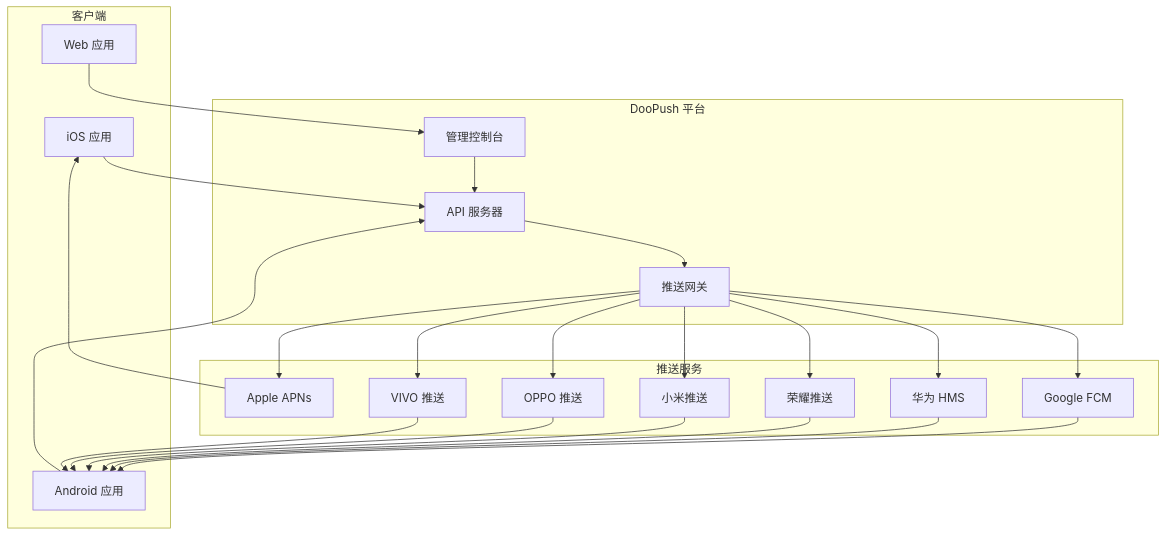
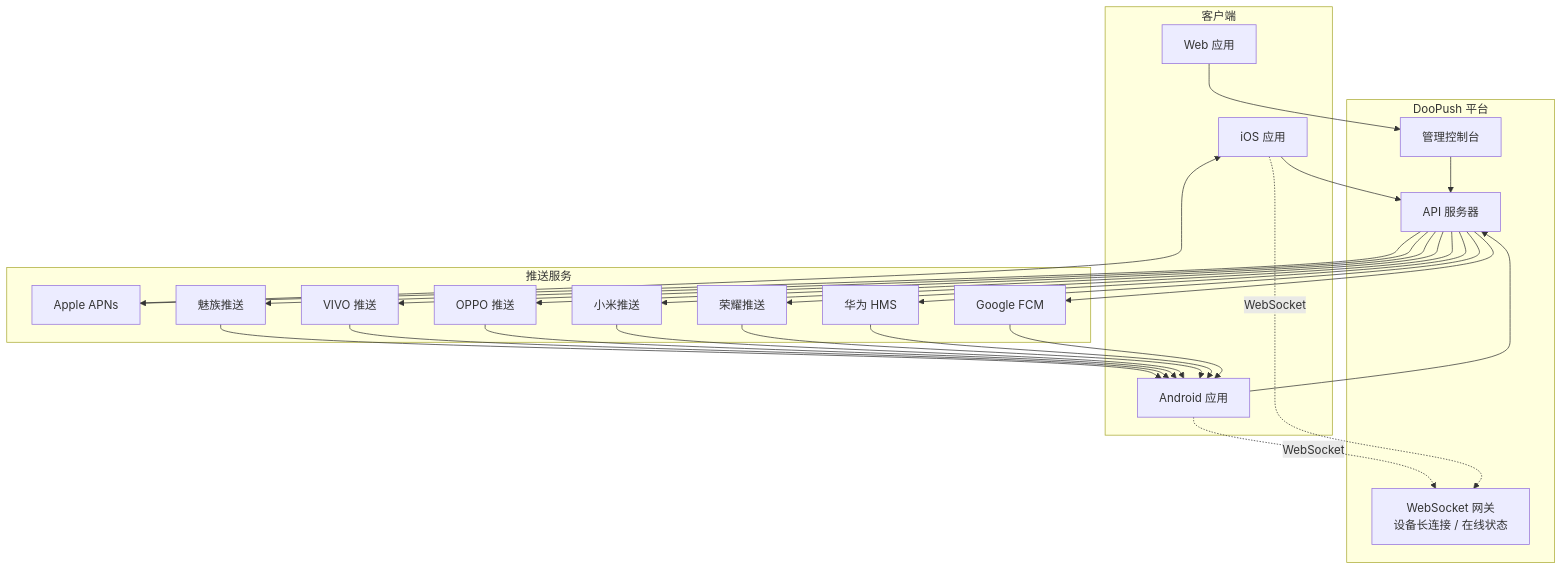
Before and after one commit to doopush/doopush: the first of 5 diagrams in docs/public/examples/diagrams/architecture-overview.md, drawn with Mermaid. The commit also changed other lines of this file and 17 other files, not shown here.

````diff
--- a/docs/public/examples/diagrams/architecture-overview.md
+++ b/docs/public/examples/diagrams/architecture-overview.md
@@ -7,47 +7,50 @@
 ```mermaid
 graph TB
     subgraph "客户端"
         iOS[iOS 应用]
         Android[Android 应用]
         Web[Web 应用]
     end
-    
+
     subgraph "DooPush 平台"
         API[API 服务器]
         Console[管理控制台]
-        Gateway[推送网关]
+        Gateway[WebSocket 网关<br/>设备长连接 / 在线状态]
     end
-    
+
     subgraph "推送服务"
         APNs[Apple APNs]
         FCM[Google FCM]
         HMS[华为 HMS]
         Honor[荣耀推送]
         MIUI[小米推送]
         OPPO[OPPO 推送]
         VIVO[VIVO 推送]
+        Meizu[魅族推送]
     end
-    
+
     iOS --> API
     Android --> API
+    iOS -.WebSocket.-> Gateway
+    Android -.WebSocket.-> Gateway
     Web --> Console
-    
-    API --> Gateway
     Console --> API
-    
-    Gateway --> APNs
-    Gateway --> FCM
-    Gateway --> HMS
-    Gateway --> Honor
-    Gateway --> MIUI
-    Gateway --> OPPO
-    Gateway --> VIVO
-    
+
+    API --> APNs
+    API --> FCM
+    API --> HMS
+    API --> Honor
+    API --> MIUI
+    API --> OPPO
+    API --> VIVO
+    API --> Meizu
+
     APNs --> iOS
     FCM --> Android
     HMS --> Android
     Honor --> Android
     MIUI --> Android
     OPPO --> Android
     VIVO --> Android
+    Meizu --> Android
 ```
````
